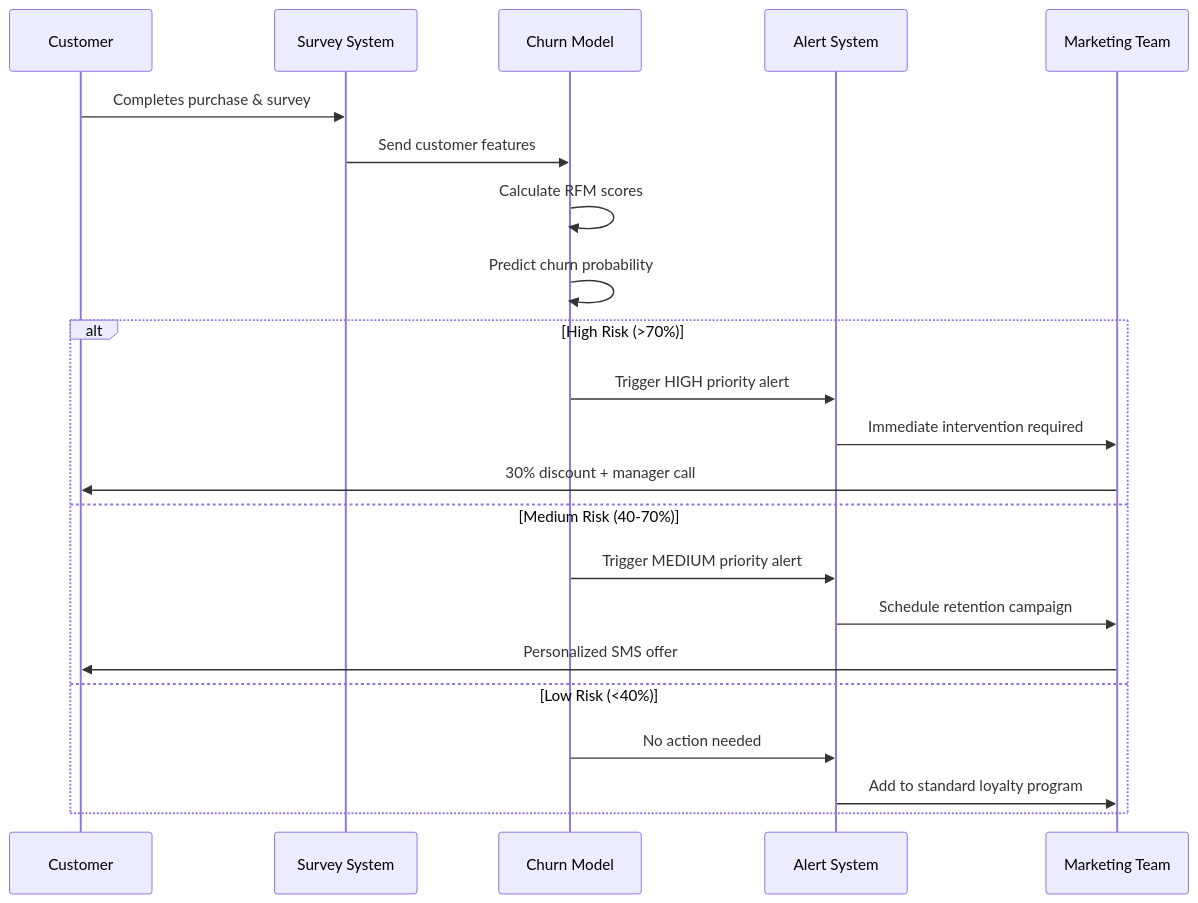
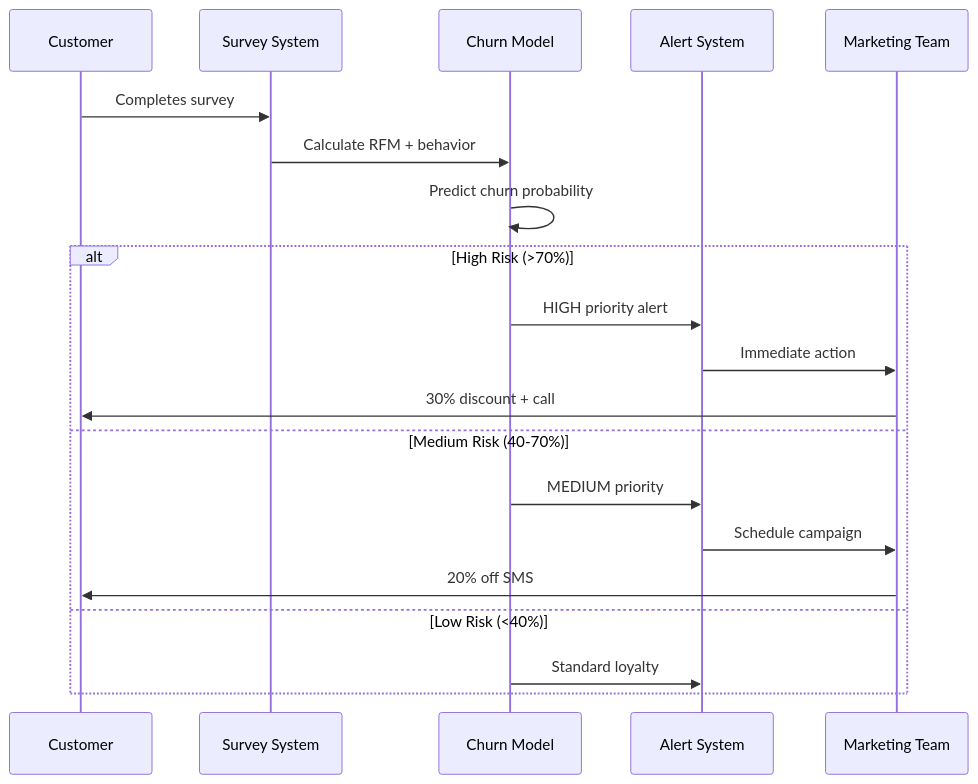
The sixth of 12 diagrams in README.md (interview-tasks/Inforotor_AI_developer), drawn with Mermaid before and after one commit. The commit also changed other lines of this file, not shown here.

````diff
--- a/README.md
+++ b/README.md
@@ -776,26 +303,24 @@
 ```mermaid
 sequenceDiagram
     participant C as Customer
     participant S as Survey System
     participant M as Churn Model
     participant A as Alert System
     participant T as Marketing Team
 
-    C->>S: Completes purchase & survey
-    S->>M: Send customer features
-    M->>M: Calculate RFM scores
+    C->>S: Completes survey
+    S->>M: Calculate RFM + behavior
     M->>M: Predict churn probability
 
     alt High Risk (>70%)
-        M->>A: Trigger HIGH priority alert
-        A->>T: Immediate intervention required
-        T->>C: 30% discount + manager call
+        M->>A: HIGH priority alert
+        A->>T: Immediate action
+        T->>C: 30% discount + call
     else Medium Risk (40-70%)
-        M->>A: Trigger MEDIUM priority alert
-        A->>T: Schedule retention campaign
-        T->>C: Personalized SMS offer
+        M->>A: MEDIUM priority
+        A->>T: Schedule campaign
+        T->>C: 20% off SMS
     else Low Risk (<40%)
-        M->>A: No action needed
-        A->>T: Add to standard loyalty program
+        M->>A: Standard loyalty
     end
 ```
````
